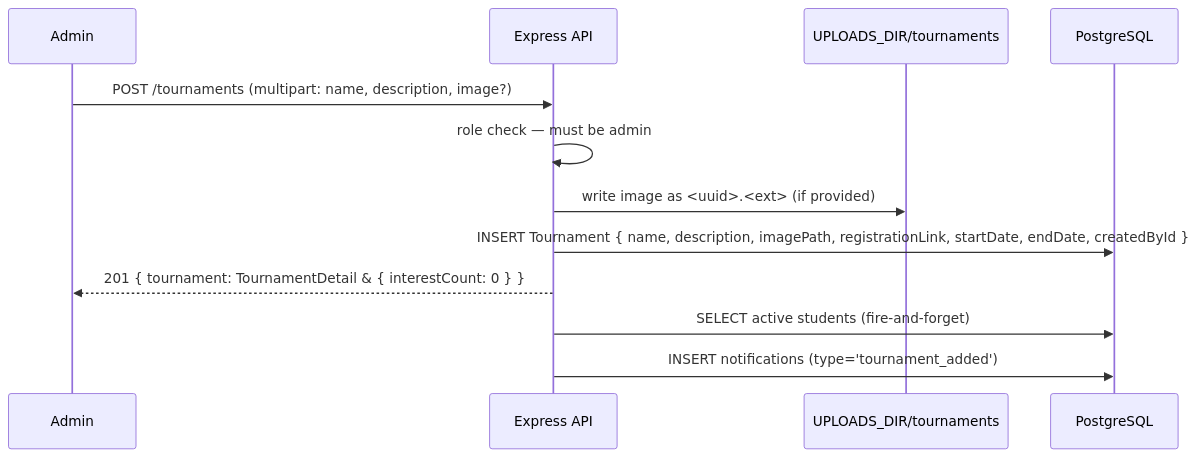
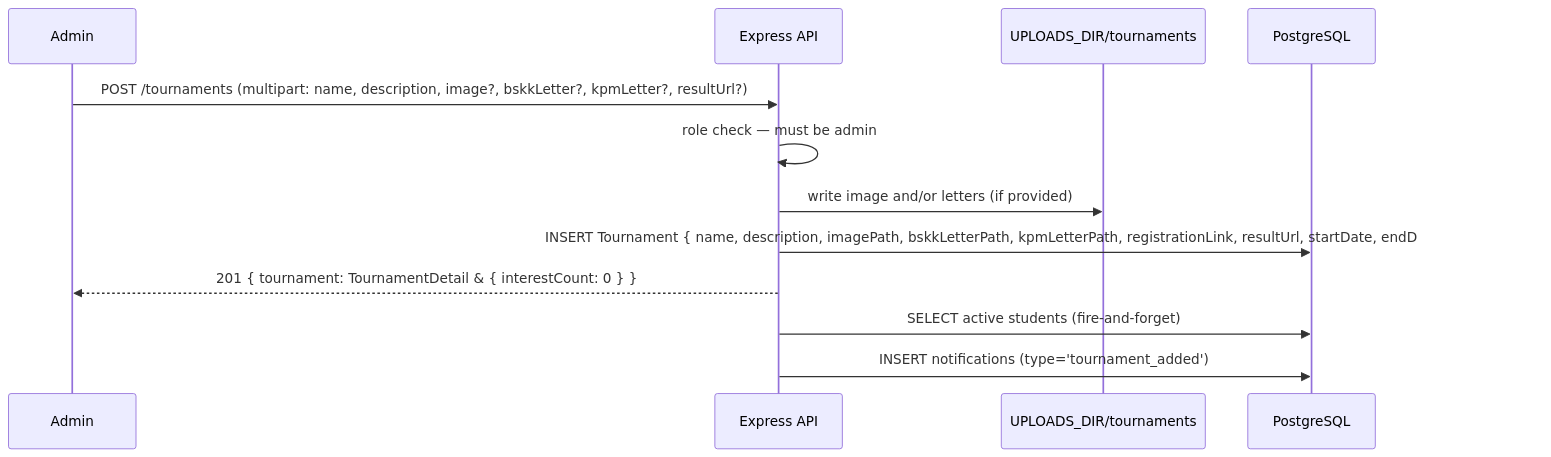
The diagram in docs/design/10-tournaments.md (armmarov/stf-chess), drawn with Mermaid before and after one commit. The commit also changed other lines of this file and 16 other files, not shown here.

````diff
--- a/docs/design/10-tournaments.md
+++ b/docs/design/10-tournaments.md
@@ -71,15 +98,15 @@
 ```mermaid
 sequenceDiagram
     participant A as Admin
     participant API as Express API
     participant FS as UPLOADS_DIR/tournaments
     participant DB as PostgreSQL
 
-    A->>API: POST /tournaments (multipart: name, description, image?)
+    A->>API: POST /tournaments (multipart: name, description, image?, bskkLetter?, kpmLetter?, resultUrl?)
     API->>API: role check — must be admin
-    API->>FS: write image as <uuid>.<ext> (if provided)
-    API->>DB: INSERT Tournament { name, description, imagePath, registrationLink, startDate, endDate, createdById }
+    API->>FS: write image and/or letters (if provided)
+    API->>DB: INSERT Tournament { name, description, imagePath, bskkLetterPath, kpmLetterPath, registrationLink, resultUrl, startDate, endDate, createdById }
     API-->>A: 201 { tournament: TournamentDetail & { interestCount: 0 } }
     API->>DB: SELECT active students (fire-and-forget)
     API->>DB: INSERT notifications (type='tournament_added')
 ```
````
